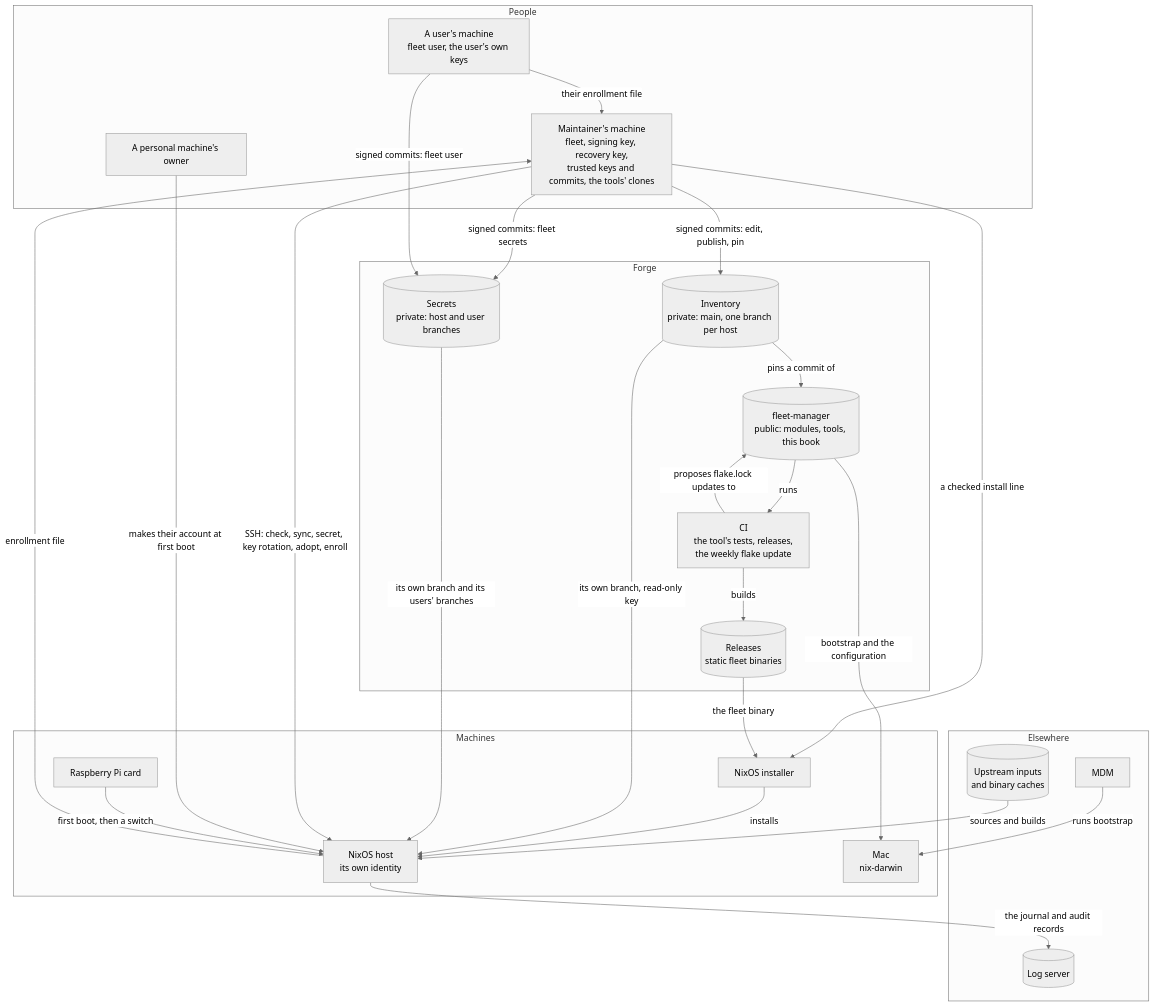
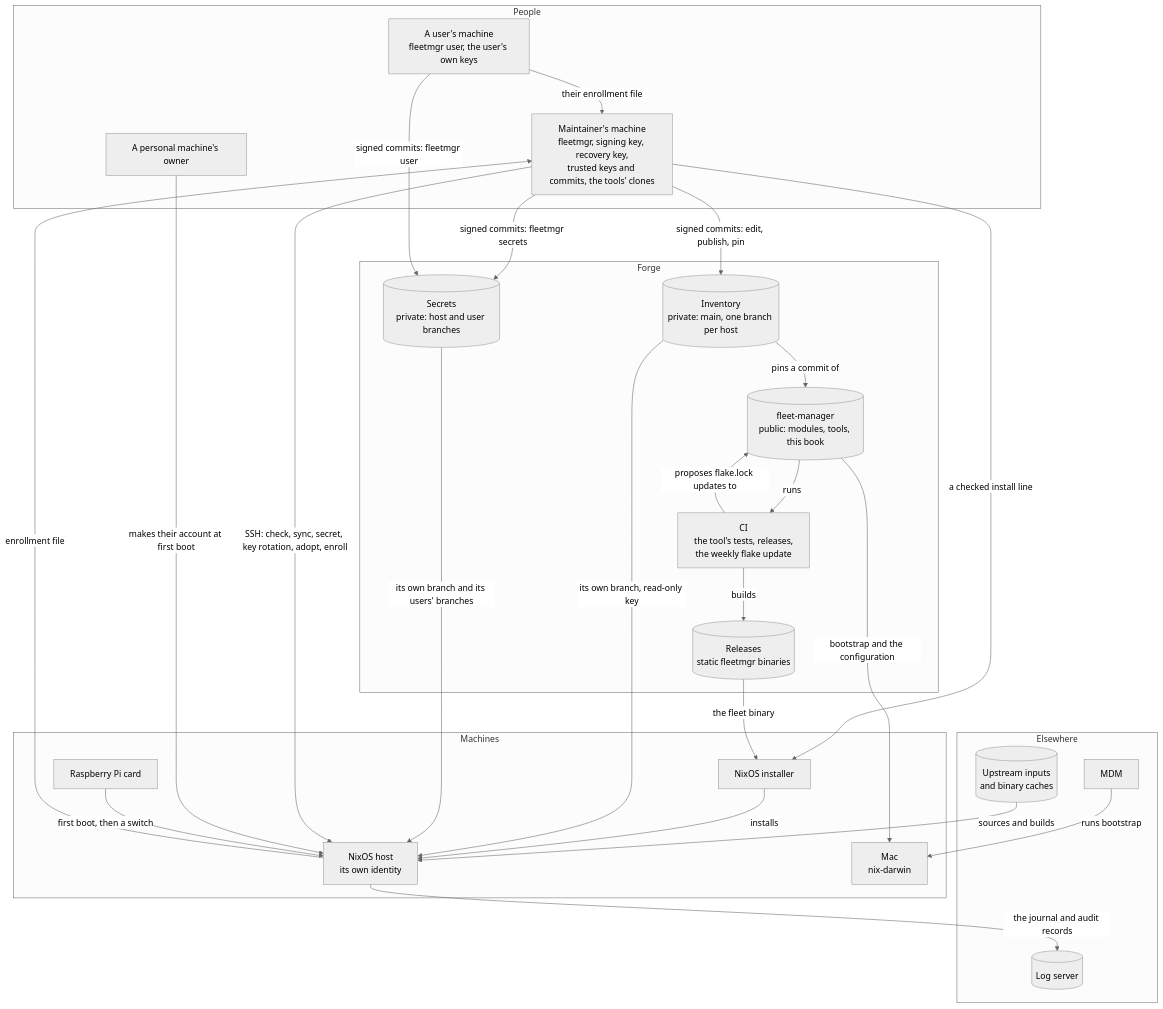
One commit to nnishant776/fleet-manager changed the first of 4 diagrams in docs/how-it-works.md. Above: the diagram before and after it, drawn with Mermaid (neutral theme). The commit also changed other lines of this file and 149 other files, not shown here.

````diff
--- a/docs/how-it-works.md
+++ b/docs/how-it-works.md
@@ -46,48 +46,48 @@
 ```mermaid
 flowchart TB
     subgraph people["People"]
-        maint["Maintainer's machine<br/>fleet, signing key, recovery key,<br/>trusted keys and commits, the tools' clones"]
-        user["A user's machine<br/>fleet user, the user's own keys"]
+        maint["Maintainer's machine<br/>fleetmgr, signing key, recovery key,<br/>trusted keys and commits, the tools' clones"]
+        user["A user's machine<br/>fleetmgr user, the user's own keys"]
         owner["A personal machine's owner"]
     end
     subgraph forge["Forge"]
         fm[("fleet-manager<br/>public: modules, tools, this book")]
         ci["CI<br/>the tool's tests, releases,<br/>the weekly flake update"]
-        rel[("Releases<br/>static fleet binaries")]
+        rel[("Releases<br/>static fleetmgr binaries")]
         inv[("Inventory<br/>private: main, one branch per host")]
         sec[("Secrets<br/>private: host and user branches")]
     end
     subgraph machines["Machines"]
         iso["NixOS installer"]
         host["NixOS host<br/>its own identity"]
         mac["Mac<br/>nix-darwin"]
         card["Raspberry Pi card"]
     end
     subgraph outside["Elsewhere"]
         up[("Upstream inputs<br/>and binary caches")]
         loki[("Log server")]
         mdm["MDM"]
     end
 
     maint -- "signed commits: edit, publish, pin" --> inv
-    maint -- "signed commits: fleet secrets" --> sec
-    user -- "signed commits: fleet user" --> sec
+    maint -- "signed commits: fleetmgr secrets" --> sec
+    user -- "signed commits: fleetmgr user" --> sec
     user -- "their enrollment file" --> maint
     inv -- "pins a commit of" --> fm
     fm -- "runs" --> ci
     ci -- "builds" --> rel
     ci -- "proposes flake.lock updates to" --> fm
     maint -- "a checked install line" --> iso
     rel -- "the fleet binary" --> iso
     iso -- "installs" --> host
     host -- "enrollment file" --> maint
     inv -- "its own branch, read-only key" --> host
     sec -- "its own branch and its users' branches" --> host
     up -- "sources and builds" --> host
     maint -- "SSH: check, sync, secret, key rotation, adopt, enroll" --> host
     owner -- "makes their account at first boot" --> host
     host -- "the journal and audit records" --> loki
     mdm -- "runs bootstrap" --> mac
     fm -- "bootstrap and the configuration" --> mac
     card -- "first boot, then a switch" --> host
 ```
````
